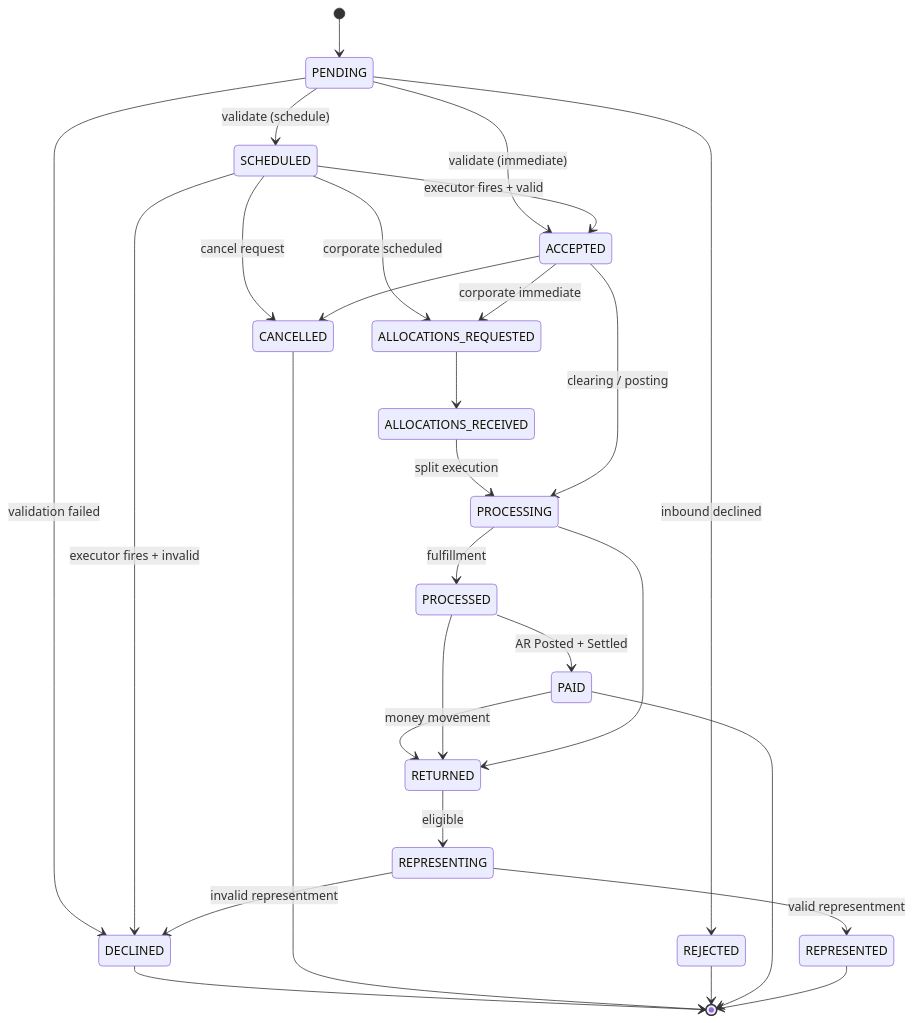
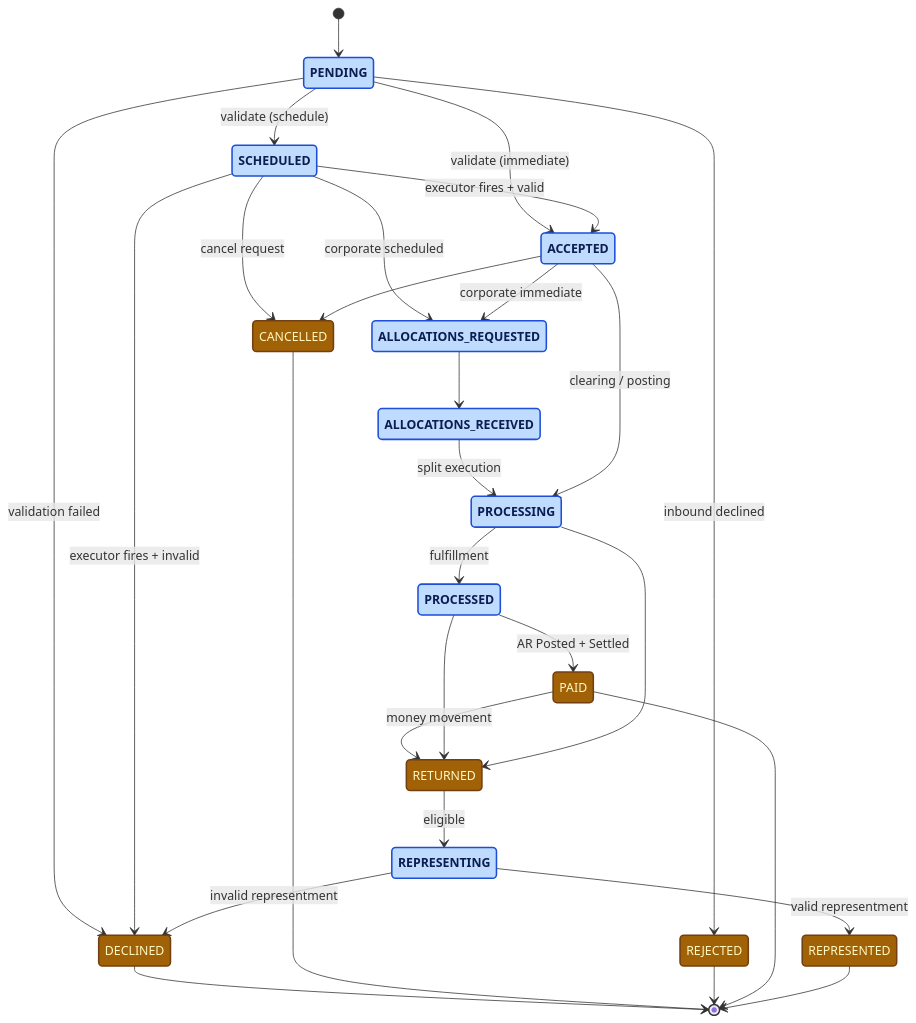
Before and after one commit to arunav-bhattacharya/billpay-docs: the diagram in docs/design/payment-state-model.md, drawn with Mermaid.

Commit message:
Color-code Payment State Model big-picture diagram
Apply classDef to the state diagram so terminal vs non-terminal states are
visually distinct:
- Non-terminal: light blue fill (#bfdbfe), dark navy bold text, blue stroke
- Terminal: yellowish-brown fill (#a16207), cream text, dark amber stroke

Strong hue + luminance contrast in both light and dark mode; non-terminal
text uses font-weight:600 + a near-black navy for legibility against the
light-blue background.

````diff
--- a/docs/design/payment-state-model.md
+++ b/docs/design/payment-state-model.md
@@ -36,38 +36,44 @@
 ```mermaid
 stateDiagram-v2
+  classDef nonterminal fill:#bfdbfe,stroke:#1d4ed8,stroke-width:2px,color:#0c1d51,font-weight:600
+  classDef terminal fill:#a16207,stroke:#713f12,stroke-width:2px,color:#fef9c3
+
   [*] --> PENDING
 
   PENDING --> SCHEDULED: validate (schedule)
   PENDING --> ACCEPTED: validate (immediate)
   PENDING --> DECLINED: validation failed
   PENDING --> REJECTED: inbound declined
 
   SCHEDULED --> ACCEPTED: executor fires + valid
   SCHEDULED --> DECLINED: executor fires + invalid
   SCHEDULED --> CANCELLED: cancel request
   SCHEDULED --> ALLOCATIONS_REQUESTED: corporate scheduled
 
   ACCEPTED --> ALLOCATIONS_REQUESTED: corporate immediate
 
   ALLOCATIONS_REQUESTED --> ALLOCATIONS_RECEIVED
   ALLOCATIONS_RECEIVED --> PROCESSING: split execution
 
   ACCEPTED --> PROCESSING: clearing / posting
   ACCEPTED --> CANCELLED
   PROCESSING --> PROCESSED: fulfillment
   PROCESSED --> PAID: AR Posted + Settled
 
   PAID --> RETURNED: money movement
   PROCESSED --> RETURNED
   PROCESSING --> RETURNED
 
   RETURNED --> REPRESENTING: eligible
   REPRESENTING --> REPRESENTED: valid representment
   REPRESENTING --> DECLINED: invalid representment
 
   DECLINED --> [*]
   CANCELLED --> [*]
   REJECTED --> [*]
   PAID --> [*]
   REPRESENTED --> [*]
+
+  class PENDING,SCHEDULED,ALLOCATIONS_REQUESTED,ALLOCATIONS_RECEIVED,ACCEPTED,PROCESSING,PROCESSED,REPRESENTING nonterminal
+  class PAID,RETURNED,REPRESENTED,DECLINED,CANCELLED,REJECTED terminal
 ```
````
